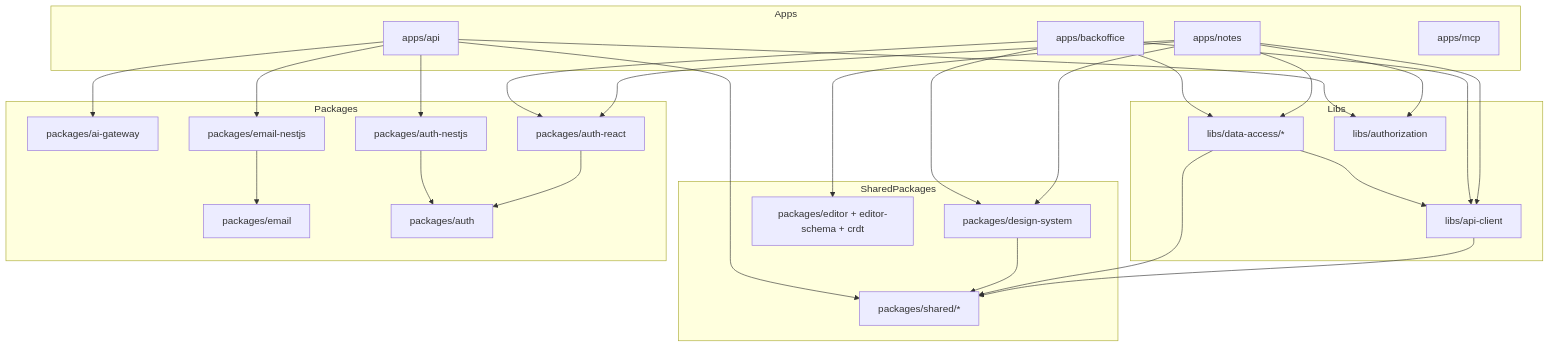
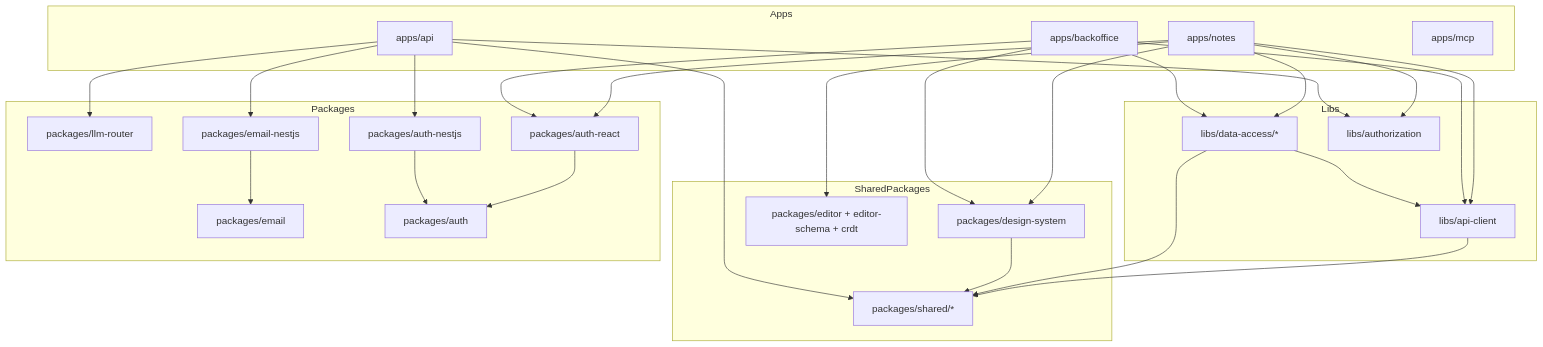
Before and after one commit to jovandyaz/knowtis-app: the diagram in docs/ARCHITECTURE.md, drawn with Mermaid. The commit also changed other lines of this file and 164 other files, not shown here.

Commit message:
refactor(llm-router): rename ai-gateway to llm-router, the role it plays (#721)

````diff
--- a/docs/ARCHITECTURE.md
+++ b/docs/ARCHITECTURE.md
@@ -183,54 +183,54 @@
 ```mermaid
 graph TD
     subgraph Apps
         Notes[apps/notes]
         Backoffice[apps/backoffice]
         API[apps/api]
         MCP[apps/mcp]
     end
 
     subgraph Libs
         ApiClient[libs/api-client]
         DataAccess[libs/data-access/*]
         Authorization[libs/authorization]
     end
 
     subgraph SharedPackages
         DesignSystem[packages/design-system]
         Editor[packages/editor + editor-schema + crdt]
         Shared[packages/shared/*]
     end
 
     subgraph Packages
-        AiGateway[packages/ai-gateway]
+        LlmRouter[packages/llm-router]
         Email[packages/email]
         EmailNestjs[packages/email-nestjs]
         Auth[packages/auth]
         AuthNestjs[packages/auth-nestjs]
         AuthReact[packages/auth-react]
     end
 
     Notes --> ApiClient
     Notes --> DataAccess
     Notes --> DesignSystem
     Notes --> Editor
     Notes --> Authorization
     Notes --> AuthReact
     Backoffice --> ApiClient
     Backoffice --> DataAccess
     Backoffice --> DesignSystem
     Backoffice --> AuthReact
     ApiClient --> Shared
     DataAccess --> ApiClient
     DataAccess --> Shared
     DesignSystem --> Shared
     AuthReact --> Auth
 
-    API --> AiGateway
+    API --> LlmRouter
     API --> Authorization
     API --> EmailNestjs
     API --> AuthNestjs
     API --> Shared
     EmailNestjs --> Email
     AuthNestjs --> Auth
 ```
````
